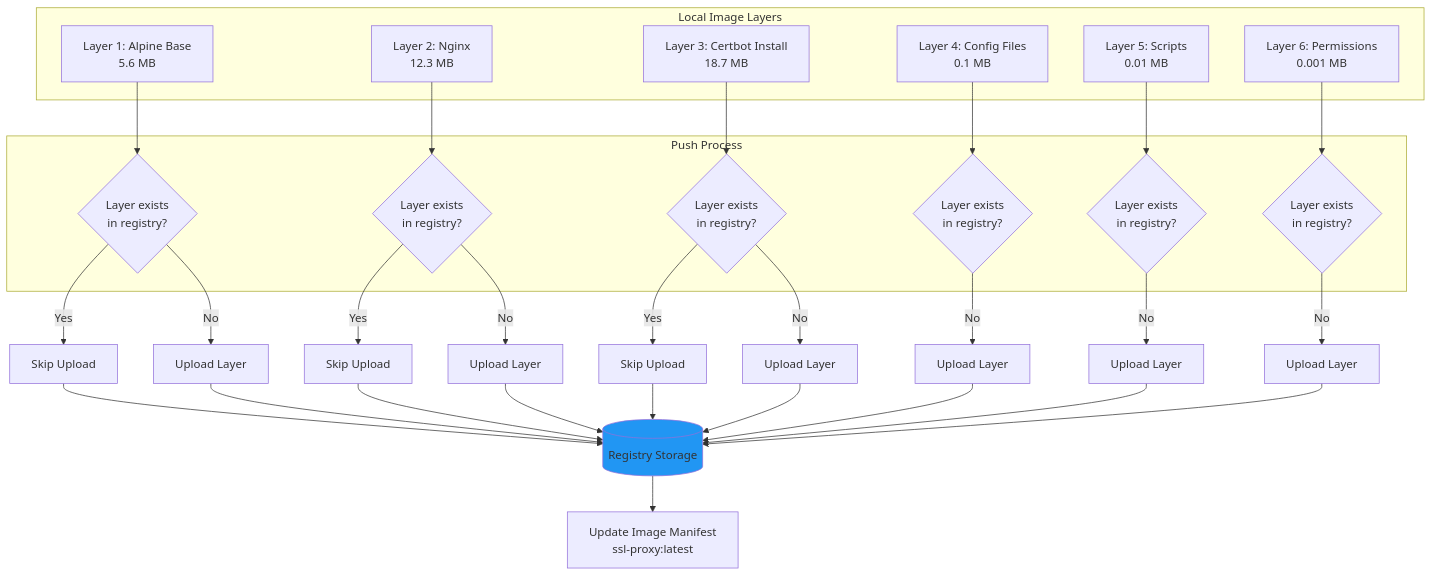
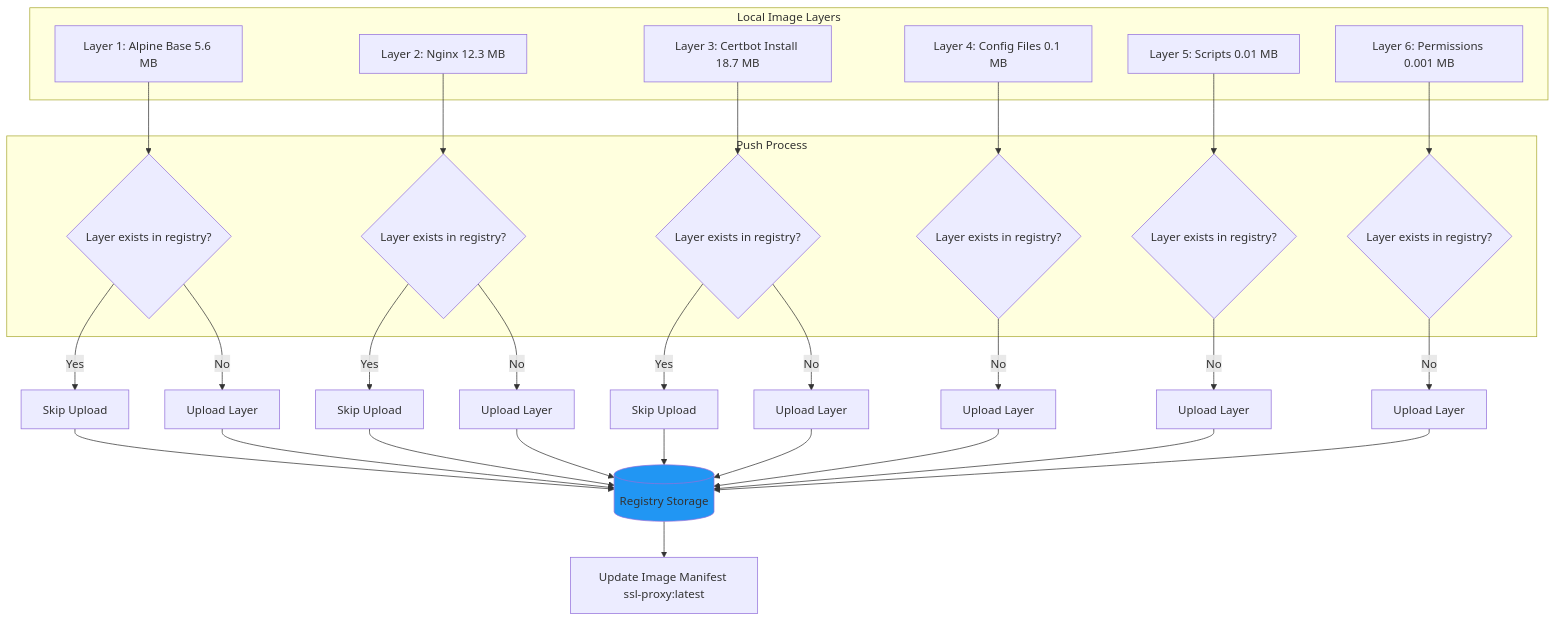
Before and after one commit to softwarewrighter/ssl-proxy-for-do: the sixth of 9 diagrams in wiki/Deployment-Workflow.md, drawn with Mermaid. The commit also changed other lines of this file and 7 other files, not shown here.

First line of the commit message:
Fix wiki Mermaid diagrams: remove remaining <br/> tags

````diff
--- a/wiki/Deployment-Workflow.md
+++ b/wiki/Deployment-Workflow.md
@@ -283,44 +283,44 @@
 ```mermaid
 graph TB
     subgraph "Local Image Layers"
-        L1[Layer 1: Alpine Base<br/>5.6 MB]
-        L2[Layer 2: Nginx<br/>12.3 MB]
-        L3[Layer 3: Certbot Install<br/>18.7 MB]
-        L4[Layer 4: Config Files<br/>0.1 MB]
-        L5[Layer 5: Scripts<br/>0.01 MB]
-        L6[Layer 6: Permissions<br/>0.001 MB]
+        L1[Layer 1: Alpine Base 5.6 MB]
+        L2[Layer 2: Nginx 12.3 MB]
+        L3[Layer 3: Certbot Install 18.7 MB]
+        L4[Layer 4: Config Files 0.1 MB]
+        L5[Layer 5: Scripts 0.01 MB]
+        L6[Layer 6: Permissions 0.001 MB]
     end
 
     subgraph "Push Process"
-        L1 --> Check1{Layer exists<br/>in registry?}
-        L2 --> Check2{Layer exists<br/>in registry?}
-        L3 --> Check3{Layer exists<br/>in registry?}
-        L4 --> Check4{Layer exists<br/>in registry?}
-        L5 --> Check5{Layer exists<br/>in registry?}
-        L6 --> Check6{Layer exists<br/>in registry?}
+        L1 --> Check1{Layer exists in registry?}
+        L2 --> Check2{Layer exists in registry?}
+        L3 --> Check3{Layer exists in registry?}
+        L4 --> Check4{Layer exists in registry?}
+        L5 --> Check5{Layer exists in registry?}
+        L6 --> Check6{Layer exists in registry?}
     end
 
     Check1 -->|Yes| Skip1[Skip Upload]
     Check1 -->|No| Upload1[Upload Layer]
     Check2 -->|Yes| Skip2[Skip Upload]
     Check2 -->|No| Upload2[Upload Layer]
     Check3 -->|Yes| Skip3[Skip Upload]
     Check3 -->|No| Upload3[Upload Layer]
     Check4 -->|No| Upload4[Upload Layer]
     Check5 -->|No| Upload5[Upload Layer]
     Check6 -->|No| Upload6[Upload Layer]
 
     Upload1 --> Registry[(Registry Storage)]
     Upload2 --> Registry
     Upload3 --> Registry
     Upload4 --> Registry
     Upload5 --> Registry
     Upload6 --> Registry
     Skip1 --> Registry
     Skip2 --> Registry
     Skip3 --> Registry
 
-    Registry --> Manifest[Update Image Manifest<br/>ssl-proxy:latest]
+    Registry --> Manifest[Update Image Manifest ssl-proxy:latest]
 
     style Registry fill:#2196F3
 ```
````
